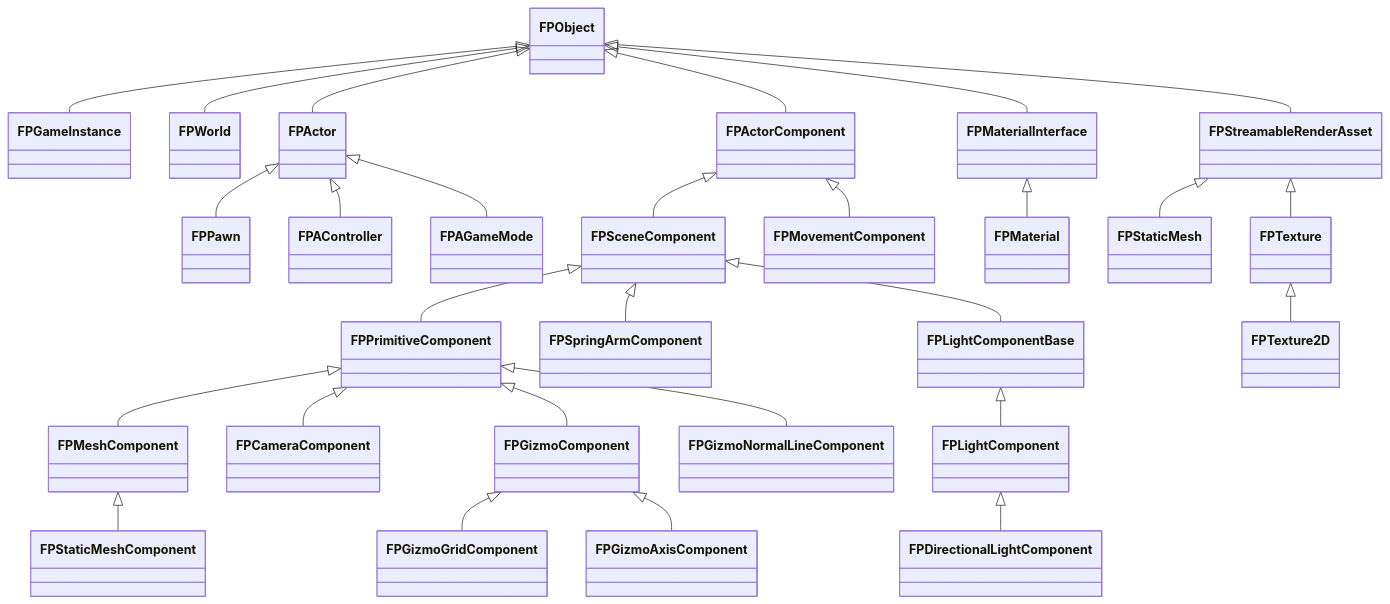
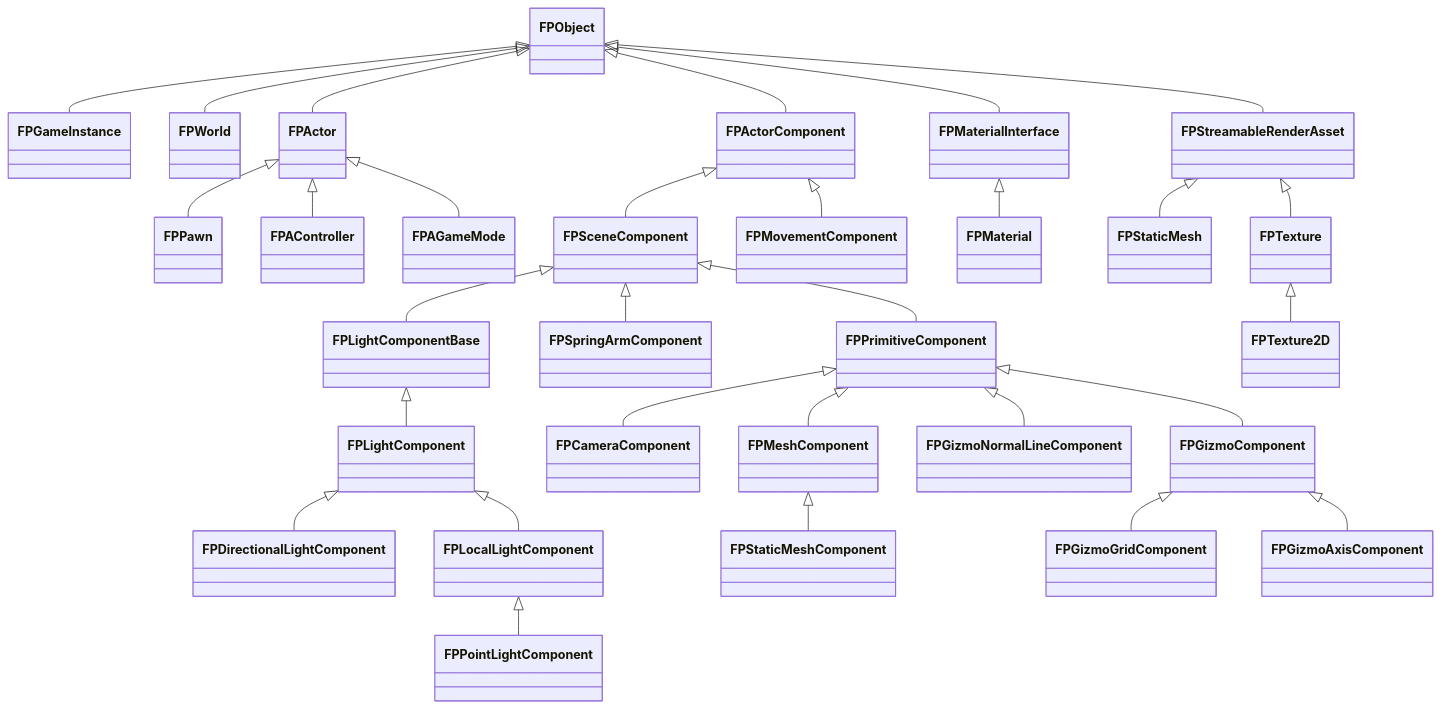
The second of 16 diagrams in README.md (Gat-Young/ForestPearlEngine), drawn with Mermaid before and after one commit. The commit also changed other lines of this file, not shown here.

````diff
--- a/README.md
+++ b/README.md
@@ -277,30 +281,32 @@
 ```mermaid
 classDiagram
     FPObject <|-- FPGameInstance
     FPObject <|-- FPWorld
     FPObject <|-- FPActor
     FPObject <|-- FPActorComponent
     FPObject <|-- FPMaterialInterface
     FPObject <|-- FPStreamableRenderAsset
     FPActor <|-- FPPawn
     FPActor <|-- FPAController
     FPActor <|-- FPAGameMode
     FPActorComponent <|-- FPSceneComponent
     FPActorComponent <|-- FPMovementComponent
     FPSceneComponent <|-- FPPrimitiveComponent
     FPSceneComponent <|-- FPSpringArmComponent
     FPPrimitiveComponent <|-- FPMeshComponent
     FPPrimitiveComponent <|-- FPCameraComponent
     FPPrimitiveComponent <|-- FPGizmoComponent
     FPPrimitiveComponent <|-- FPGizmoNormalLineComponent
     FPSceneComponent <|-- FPLightComponentBase
     FPLightComponentBase <|-- FPLightComponent
     FPLightComponent <|-- FPDirectionalLightComponent
+    FPLightComponent <|-- FPLocalLightComponent
+    FPLocalLightComponent <|-- FPPointLightComponent
     FPMeshComponent <|-- FPStaticMeshComponent
     FPGizmoComponent <|-- FPGizmoGridComponent
     FPGizmoComponent <|-- FPGizmoAxisComponent
     FPMaterialInterface <|-- FPMaterial
     FPStreamableRenderAsset <|-- FPStaticMesh
     FPStreamableRenderAsset <|-- FPTexture
     FPTexture <|-- FPTexture2D
 ```
````
